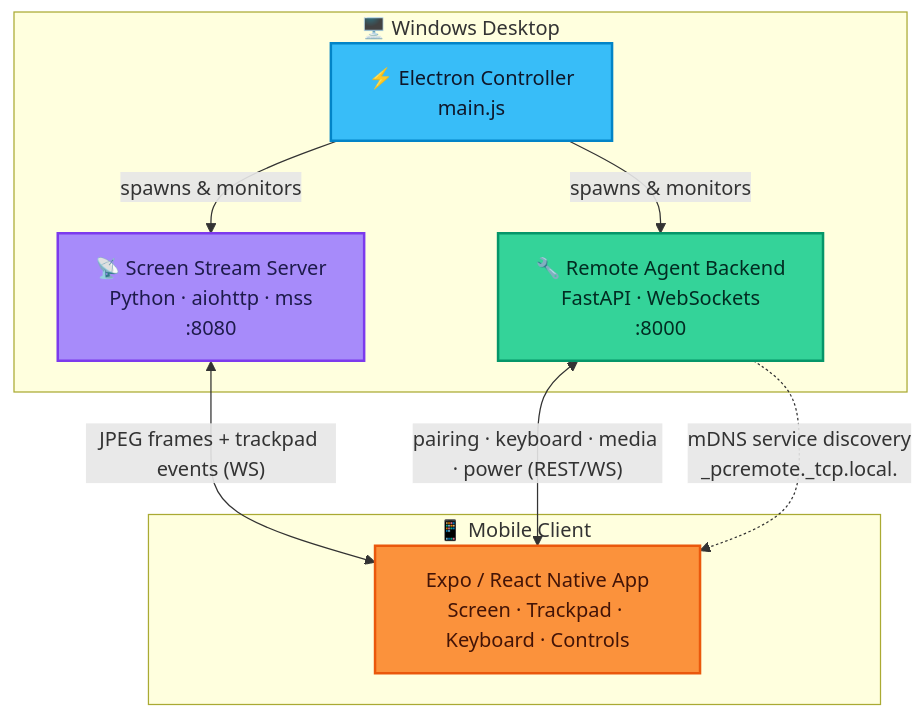
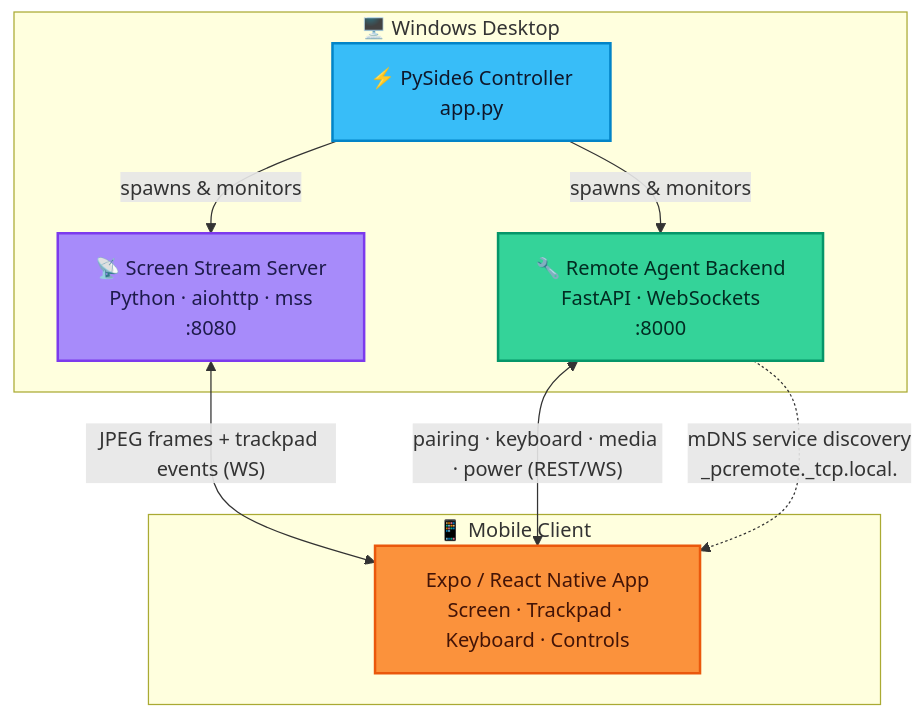
The second of 2 diagrams in Docs/README.md (ajaysaagar-dev/Vedi-Pocket-PC), drawn with Mermaid before and after one commit. The commit also changed other lines of this file and 20 other files, not shown here.

Commit message:
refactor: replace Electron with native Python PySide6 desktop GUI controller

````diff
--- a/Docs/README.md
+++ b/Docs/README.md
@@ -187,23 +182,23 @@
 ```mermaid
 flowchart TB
     subgraph Desktop["🖥️ Windows Desktop"]
-        E["⚡ Electron Controller<br/>main.js"]
+        E["⚡ PySide6 Controller<br/>app.py"]
         S["📡 Screen Stream Server<br/>Python · aiohttp · mss<br/>:8080"]
         B["🔧 Remote Agent Backend<br/>FastAPI · WebSockets<br/>:8000"]
         E -->|spawns & monitors| S
         E -->|spawns & monitors| B
     end
 
     subgraph Phone["📱 Mobile Client"]
         M["Expo / React Native App<br/>Screen · Trackpad · Keyboard · Controls"]
     end
 
     S <-->|"JPEG frames + trackpad events (WS)"| M
     B <-->|"pairing · keyboard · media · power (REST/WS)"| M
     B -.->|"mDNS service discovery<br/>_pcremote._tcp.local."| M
 
     style E fill:#38BDF8,color:#0f172a,stroke:#0284c7,stroke-width:2px
     style S fill:#a78bfa,color:#1e1b4b,stroke:#7c3aed,stroke-width:2px
     style B fill:#34d399,color:#022c22,stroke:#059669,stroke-width:2px
     style M fill:#fb923c,color:#431407,stroke:#ea580c,stroke-width:2px
 ```
````
